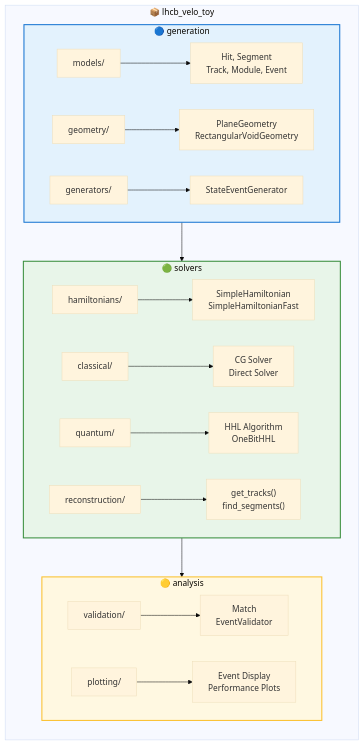
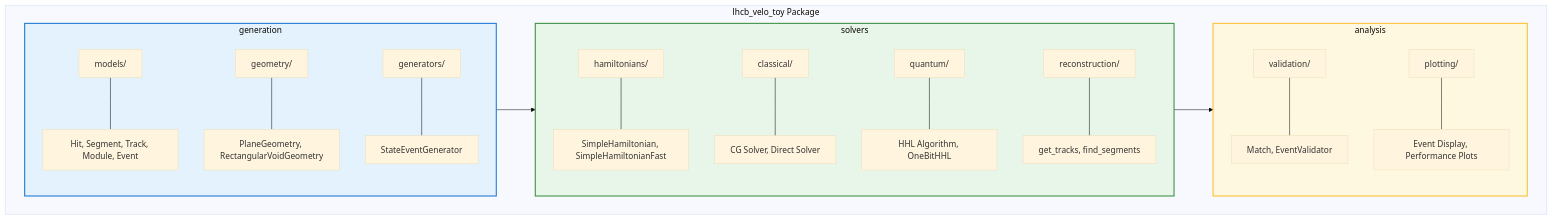
Before and after one commit to GeorgeWilliam1999/LHCb_VeLo_Toy_Model: the first of 4 diagrams in docs/WORKFLOW_OVERVIEW.md, drawn with Mermaid (base theme). The commit also changed other lines of this file, not shown here.

Commit message:
Fix Mermaid diagrams in WORKFLOW_OVERVIEW.md - Remove emojis and simplify structure for better rendering

````diff
--- a/docs/WORKFLOW_OVERVIEW.md
+++ b/docs/WORKFLOW_OVERVIEW.md
@@ -58,34 +58,47 @@
 ```mermaid
 graph TB
-    subgraph "📦 lhcb_velo_toy"
-        direction TB
-        
-        subgraph GEN["🔵 generation"]
-            direction LR
-            G1[models/] --> G1a["Hit, Segment<br/>Track, Module, Event"]
-            G2[geometry/] --> G2a["PlaneGeometry<br/>RectangularVoidGeometry"]
-            G3[generators/] --> G3a["StateEventGenerator"]
+    subgraph PKG["lhcb_velo_toy Package"]
+        subgraph GEN["generation"]
+            G1["models/"]
+            G1a["Hit, Segment, Track, Module, Event"]
+            G2["geometry/"]
+            G2a["PlaneGeometry, RectangularVoidGeometry"]
+            G3["generators/"]
+            G3a["StateEventGenerator"]
+            G1 --- G1a
+            G2 --- G2a
+            G3 --- G3a
         end
         
-        subgraph SOL["🟢 solvers"]
-            direction LR
-            S1[hamiltonians/] --> S1a["SimpleHamiltonian<br/>SimpleHamiltonianFast"]
-            S2[classical/] --> S2a["CG Solver<br/>Direct Solver"]
-            S3[quantum/] --> S3a["HHL Algorithm<br/>OneBitHHL"]
-            S4[reconstruction/] --> S4a["get_tracks()<br/>find_segments()"]
+        subgraph SOL["solvers"]
+            S1["hamiltonians/"]
+            S1a["SimpleHamiltonian, SimpleHamiltonianFast"]
+            S2["classical/"]
+            S2a["CG Solver, Direct Solver"]
+            S3["quantum/"]
+            S3a["HHL Algorithm, OneBitHHL"]
+            S4["reconstruction/"]
+            S4a["get_tracks, find_segments"]
+            S1 --- S1a
+            S2 --- S2a
+            S3 --- S3a
+            S4 --- S4a
         end
         
-        subgraph ANA["🟡 analysis"]
-            direction LR
-            A1[validation/] --> A1a["Match<br/>EventValidator"]
-            A2[plotting/] --> A2a["Event Display<br/>Performance Plots"]
+        subgraph ANA["analysis"]
+            A1["validation/"]
+            A1a["Match, EventValidator"]
+            A2["plotting/"]
+            A2a["Event Display, Performance Plots"]
+            A1 --- A1a
+            A2 --- A2a
         end
     end
     
     GEN --> SOL
     SOL --> ANA
     
     style GEN fill:#e3f2fd,stroke:#1976d2,stroke-width:2px
     style SOL fill:#e8f5e9,stroke:#388e3c,stroke-width:2px
     style ANA fill:#fff8e1,stroke:#fbc02d,stroke-width:2px
 ```
````
